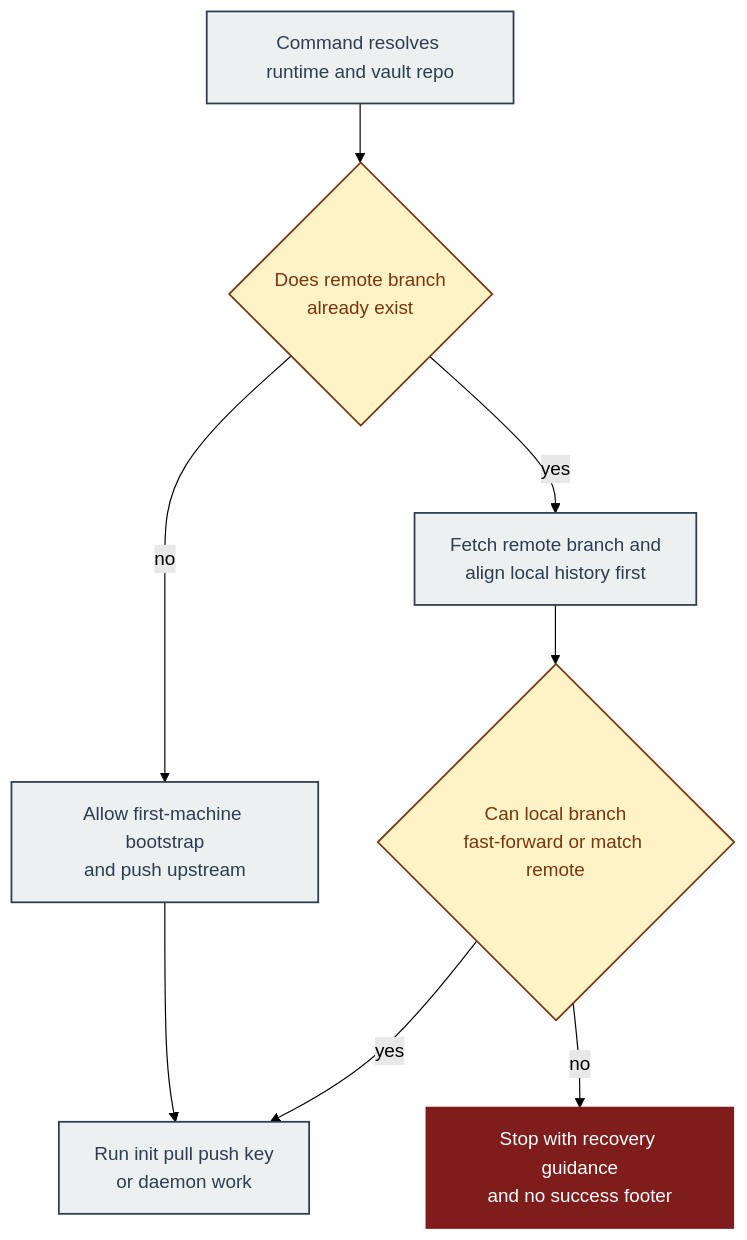
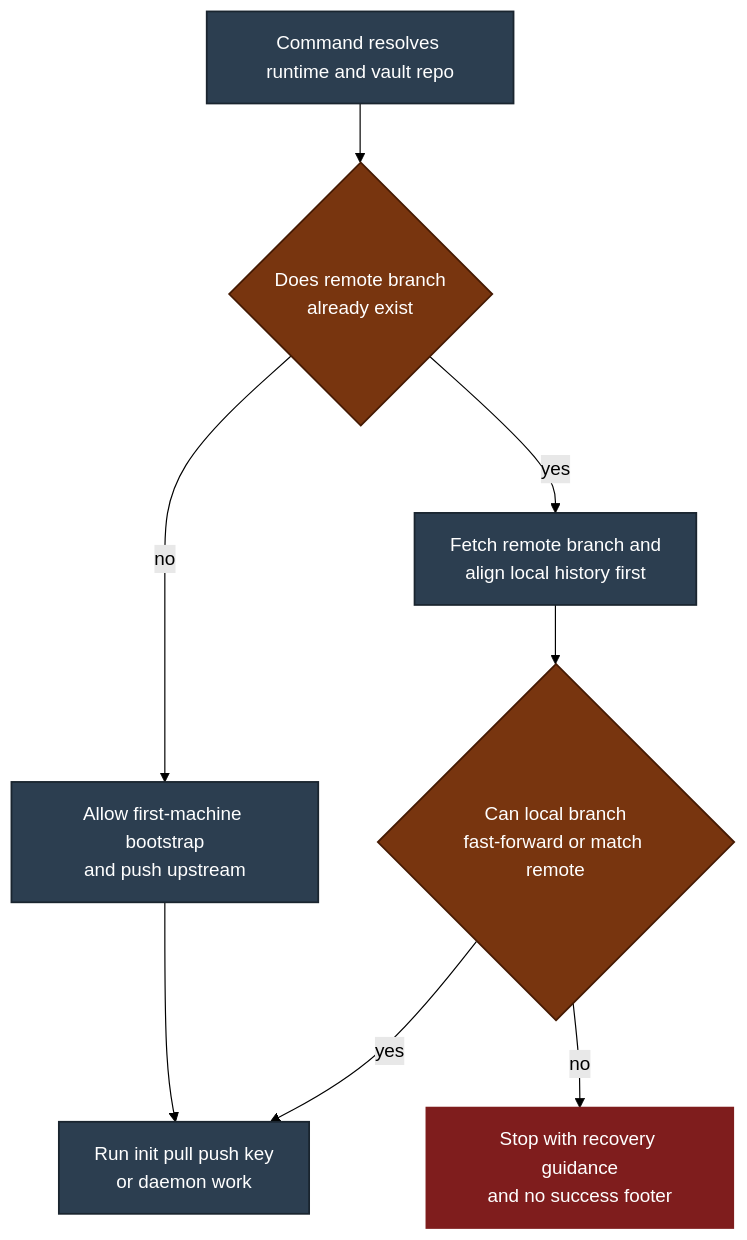
The first of 3 diagrams in docs/architecture.md (chrisleekr/agentsync), drawn with Mermaid (forest theme) before and after one commit. The commit also changed other lines of this file and 19 other files, not shown here.

````diff
--- a/docs/architecture.md
+++ b/docs/architecture.md
@@ -27,20 +29,20 @@
 ```mermaid
 flowchart TD
 	InitNode[Command resolves runtime and vault repo]:::step
 	RemoteNode{Does remote branch<br/>already exist}:::decision
 	EmptyNode[Allow first-machine bootstrap<br/>and push upstream]:::step
 	JoinNode[Fetch remote branch and<br/>align local history first]:::step
 	SafeNode{Can local branch<br/>fast-forward or match remote}:::decision
 	WorkNode[Run init pull push key<br/>or daemon work]:::step
 	StopNode[Stop with recovery guidance<br/>and no success footer]:::error
 
 	InitNode --> RemoteNode
 	RemoteNode -- no --> EmptyNode --> WorkNode
 	RemoteNode -- yes --> JoinNode --> SafeNode
 	SafeNode -- yes --> WorkNode
 	SafeNode -- no --> StopNode
 
-	classDef step fill:#ecf0f1,color:#2c3e50,stroke:#2c3e50,stroke-width:1.5px;
-	classDef decision fill:#fef3c7,color:#78350f,stroke:#78350f,stroke-width:1.5px;
+	classDef step fill:#2c3e50,color:#ffffff,stroke:#1a252f,stroke-width:1.5px;
+	classDef decision fill:#78350f,color:#ffffff,stroke:#451a03,stroke-width:1.5px;
 	classDef error fill:#7f1d1d,color:#ffffff,stroke:#7f1d1d,stroke-width:1.5px;
 ```
````
